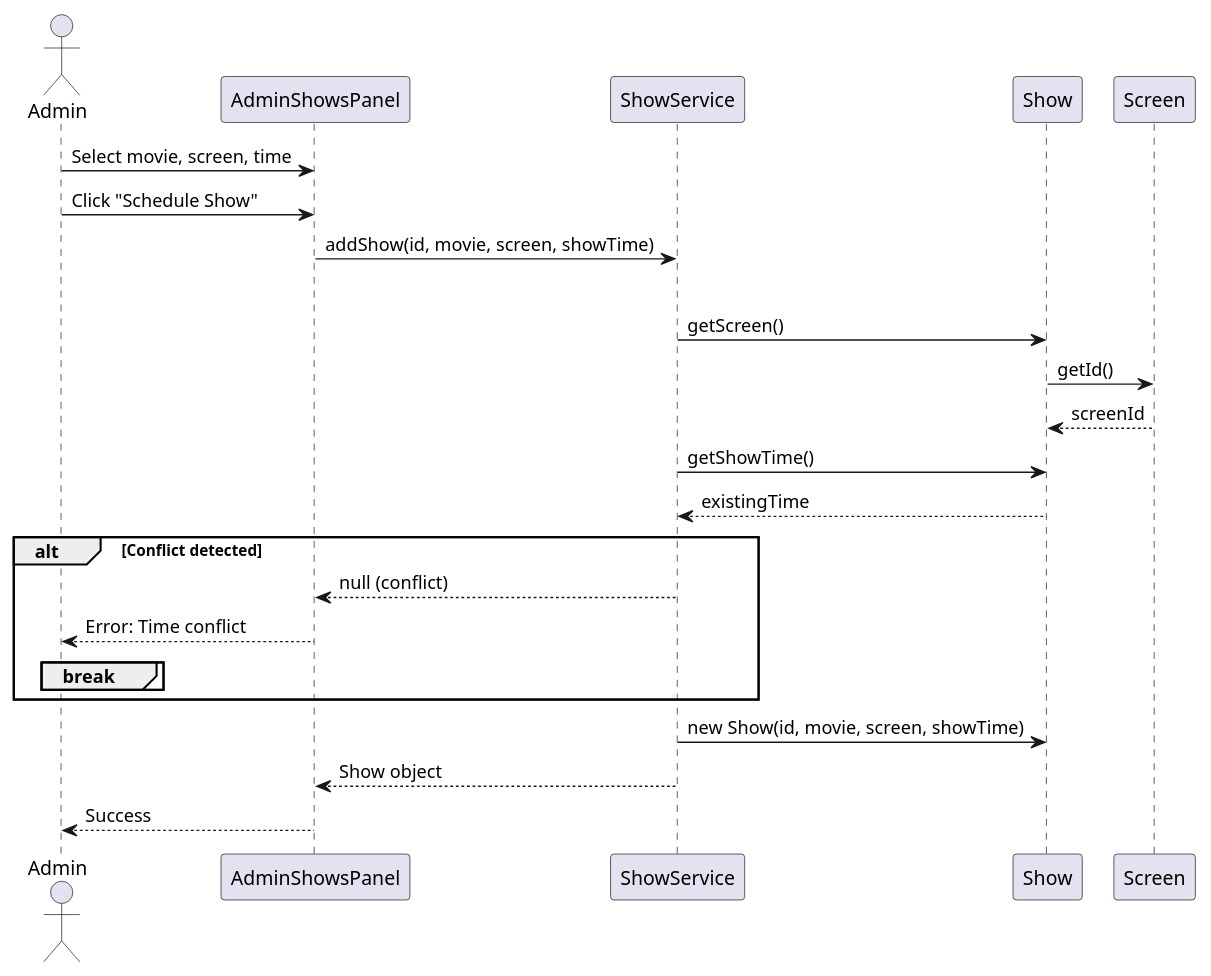
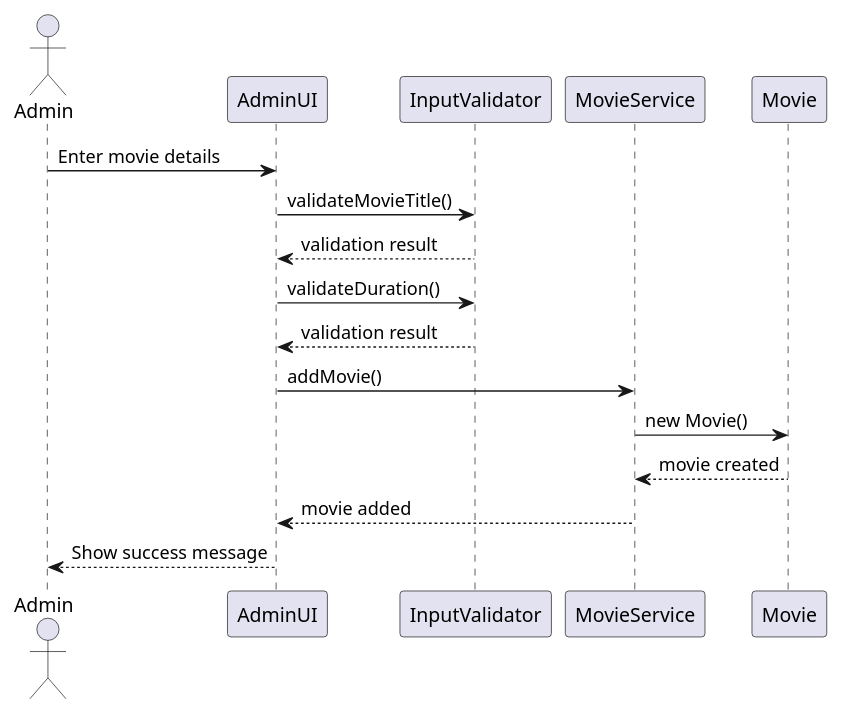
One commit to HgH7/cinema-scheduling-system changed the third of 4 diagrams in UML_DIAGRAMS.md. Above: the diagram before and after it, drawn with PlantUML. The commit also changed other lines of this file and 23 other files, not shown here.

````diff
--- a/UML_DIAGRAMS.md
+++ b/UML_DIAGRAMS.md
@@ -284,34 +135,22 @@
 ```plantuml
-@startuml Show Scheduling Sequence
+@startuml Admin Movie Addition
 
 actor Admin
-participant AdminShowsPanel
-participant ShowService
-participant Show
-participant Screen
+participant AdminUI
+participant InputValidator
+participant MovieService
+participant Movie
 
-Admin -> AdminShowsPanel: Select movie, screen, time
-Admin -> AdminShowsPanel: Click "Schedule Show"
-
-AdminShowsPanel -> ShowService: addShow(id, movie, screen, showTime)
-
-loop For each existing show
-    ShowService -> Show: getScreen()
-    Show -> Screen: getId()
-    Screen --> Show: screenId
-    ShowService -> Show: getShowTime()
-    Show --> ShowService: existingTime
-
-    alt Conflict detected
-        ShowService --> AdminShowsPanel: null (conflict)
-        AdminShowsPanel --> Admin: Error: Time conflict
-        break
-    end
-end
-
-ShowService -> Show: new Show(id, movie, screen, showTime)
-ShowService --> AdminShowsPanel: Show object
-AdminShowsPanel --> Admin: Success
+Admin -> AdminUI: Enter movie details
+AdminUI -> InputValidator: validateMovieTitle()
+InputValidator --> AdminUI: validation result
+AdminUI -> InputValidator: validateDuration()
+InputValidator --> AdminUI: validation result
+AdminUI -> MovieService: addMovie()
+MovieService -> Movie: new Movie()
+Movie --> MovieService: movie created
+MovieService --> AdminUI: movie added
+AdminUI --> Admin: Show success message
 
 @enduml
 ```
````
